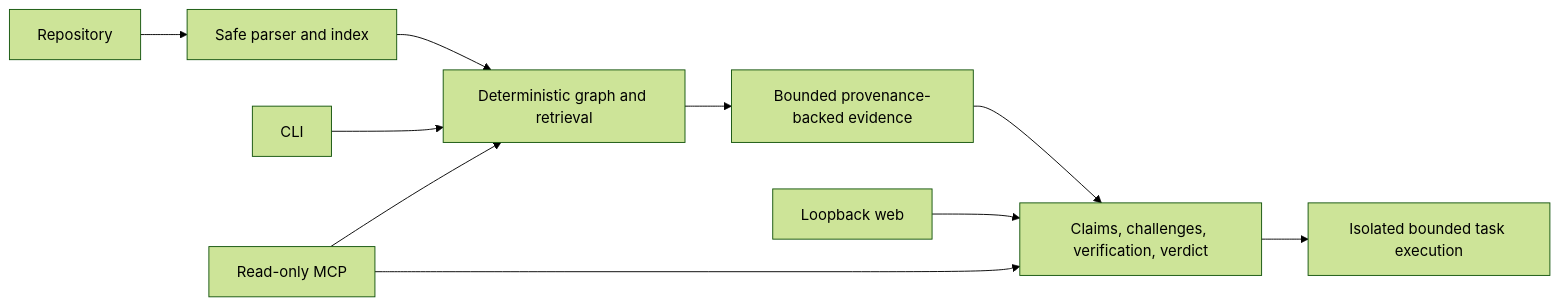
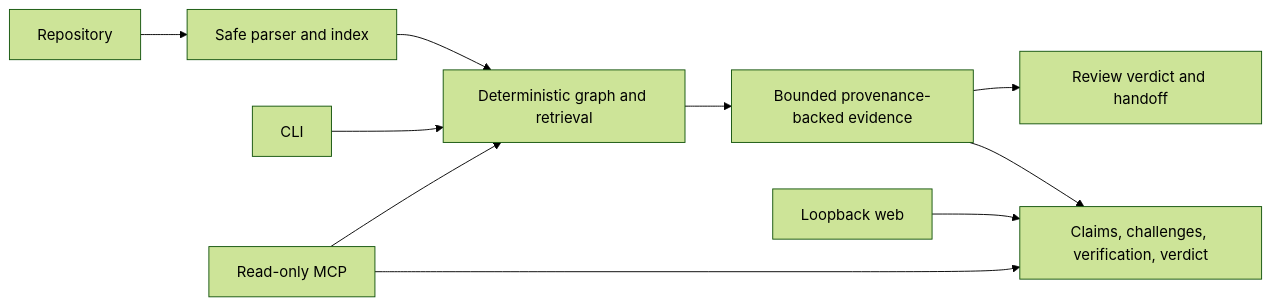
Before and after one commit to carvalhobfr/conclave: the diagram in docs/phase-6-release-readiness.md, drawn with Mermaid (forest theme). The commit also changed other lines of this file and 82 other files, not shown here.

````diff
--- a/docs/phase-6-release-readiness.md
+++ b/docs/phase-6-release-readiness.md
@@ -5,12 +5,12 @@
 ```mermaid
 flowchart LR
   Repo[Repository] --> Index[Safe parser and index]
   Index --> Graph[Deterministic graph and retrieval]
   Graph --> Evidence[Bounded provenance-backed evidence]
   Evidence --> Reasoning[Claims, challenges, verification, verdict]
-  Reasoning --> Task[Isolated bounded task execution]
+  Evidence --> Review[Review verdict and handoff]
   CLI[CLI] --> Graph
   Web[Loopback web] --> Reasoning
   MCP[Read-only MCP] --> Graph
   MCP --> Reasoning
 ```
````
